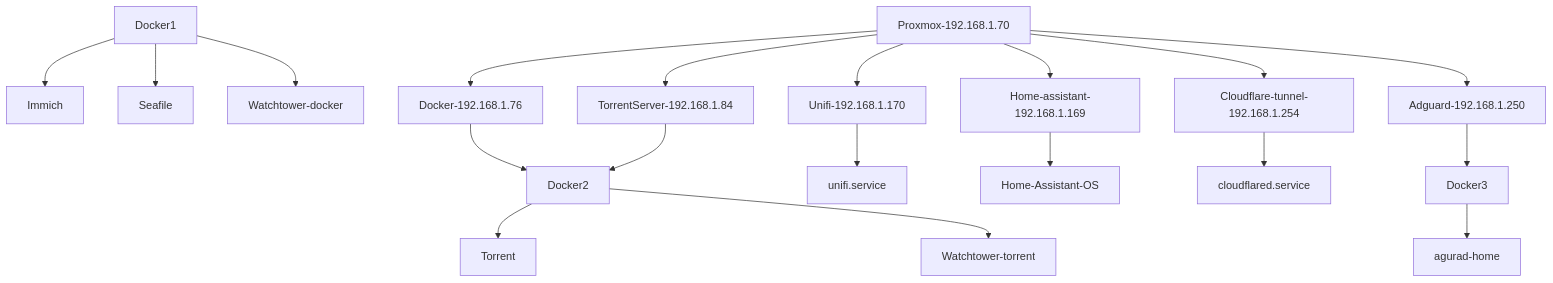
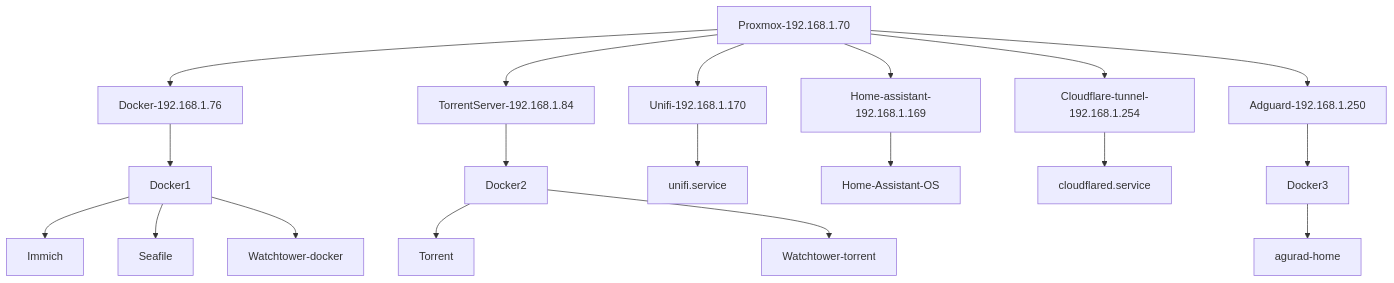
One commit to BenceGyurus/Homelab changed the diagram in diagrams/infra.mmd. Above: the diagram before and after it, drawn with Mermaid.

```diff
--- a/diagrams/infra.mmd
+++ b/diagrams/infra.mmd
@@ -1,25 +1,25 @@
 graph TD;
     Proxmox-192.168.1.70-->Docker-192.168.1.76;
-    Docker-192.168.1.76-->Docker2;
+    Docker-192.168.1.76-->Docker1;
     Docker1-->Immich;
     Docker1-->Seafile;
     Docker1-->Watchtower-docker;
     
     Proxmox-192.168.1.70-->TorrentServer-192.168.1.84;
     TorrentServer-192.168.1.84-->Docker2;
     Docker2-->Torrent;
     Docker2-->Watchtower-torrent;
 
     
     Proxmox-192.168.1.70-->Unifi-192.168.1.170;
     Unifi-192.168.1.170-->unifi.service;
     
     Proxmox-192.168.1.70-->Home-assistant-192.168.1.169;
     Home-assistant-192.168.1.169-->Home-Assistant-OS;
 
     Proxmox-192.168.1.70-->Cloudflare-tunnel-192.168.1.254;
     Cloudflare-tunnel-192.168.1.254-->cloudflared.service;
     
     Proxmox-192.168.1.70-->Adguard-192.168.1.250;
     Adguard-192.168.1.250-->Docker3;
     Docker3-->agurad-home;
```
